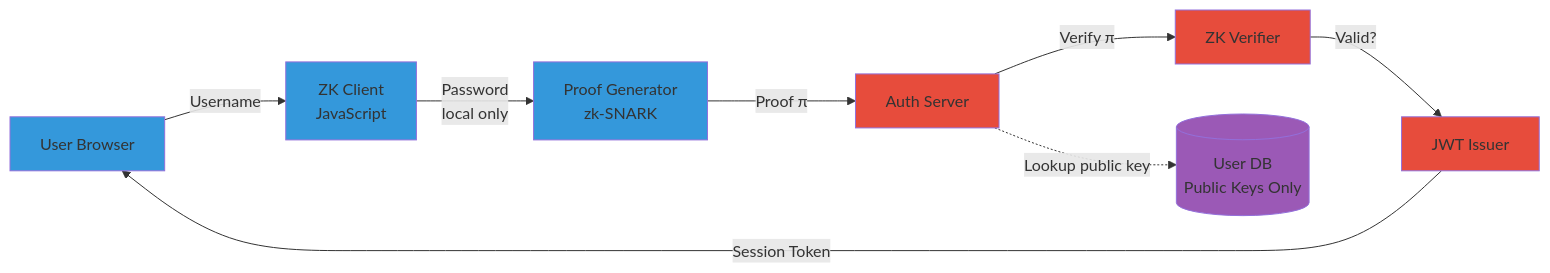
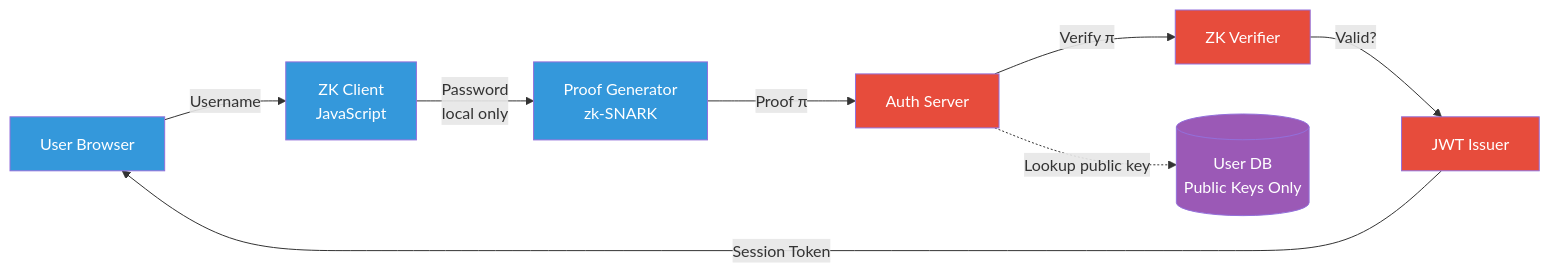
Before and after one commit to williamzujkowski/williamzujkowski.github.io: the diagram in src/posts/2024-06-11-zero-knowledge-authentication-homelab.md, drawn with Mermaid. The commit also changed 40 other files, not shown here.

First line of the commit message:
fix(blog): add explicit text color to all mermaid classDef/style (#171)

````diff
--- a/src/posts/2024-06-11-zero-knowledge-authentication-homelab.md
+++ b/src/posts/2024-06-11-zero-knowledge-authentication-homelab.md
@@ -56,20 +56,20 @@
 ```mermaid
 flowchart LR
     User[User Browser] -->|Username| Client[ZK Client\nJavaScript]
     Client -->|Password\nlocal only| ProofGen[Proof Generator\nzk-SNARK]
     ProofGen -->|Proof π| Server[Auth Server]
     Server -->|Verify π| Verifier[ZK Verifier]
     Verifier -->|Valid?| TokenIssue[JWT Issuer]
     TokenIssue -->|Session Token| User
 
     DB[(User DB\nPublic Keys Only)]
     Server -.->|Lookup public key| DB
 
-    classDef client fill:#3498db
-    classDef server fill:#e74c3c
-    classDef crypto fill:#9b59b6
+    classDef client fill:#3498db,color:#fff
+    classDef server fill:#e74c3c,color:#fff
+    classDef crypto fill:#9b59b6,color:#fff
 
     class User,Client,ProofGen client
     class Server,Verifier,TokenIssue server
     class DB crypto
 ```
````
